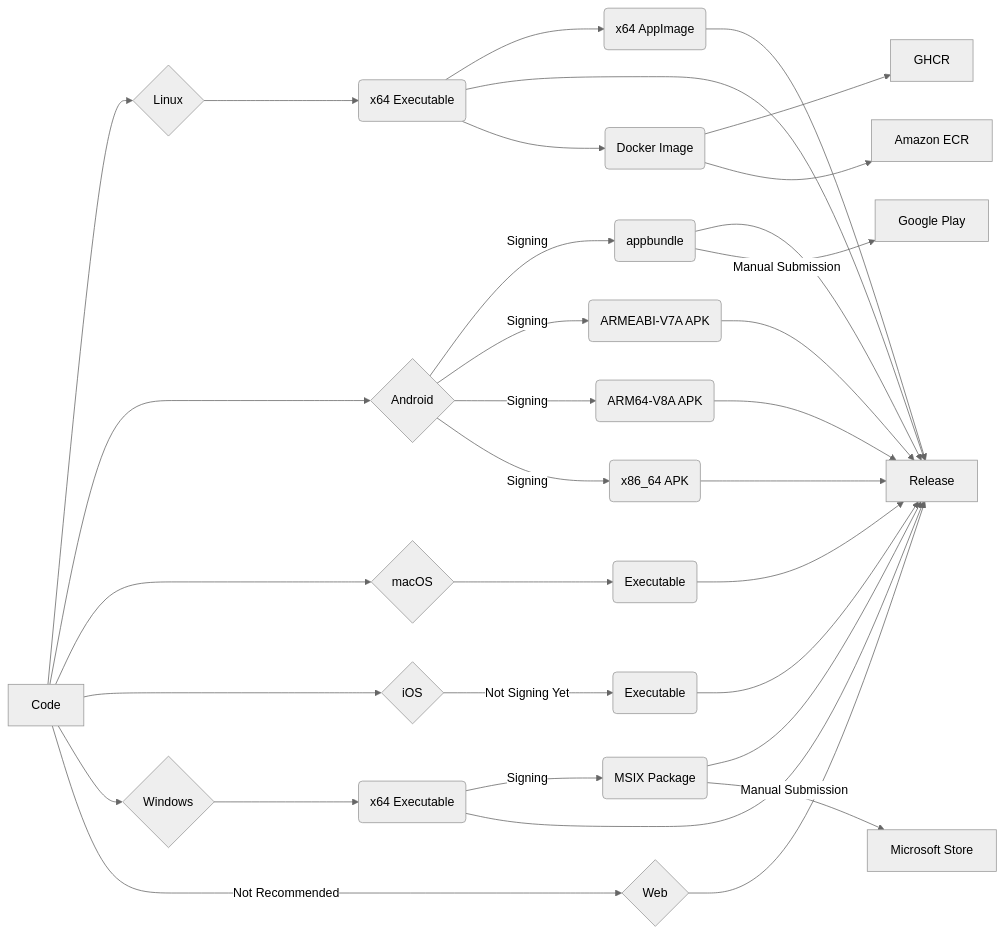
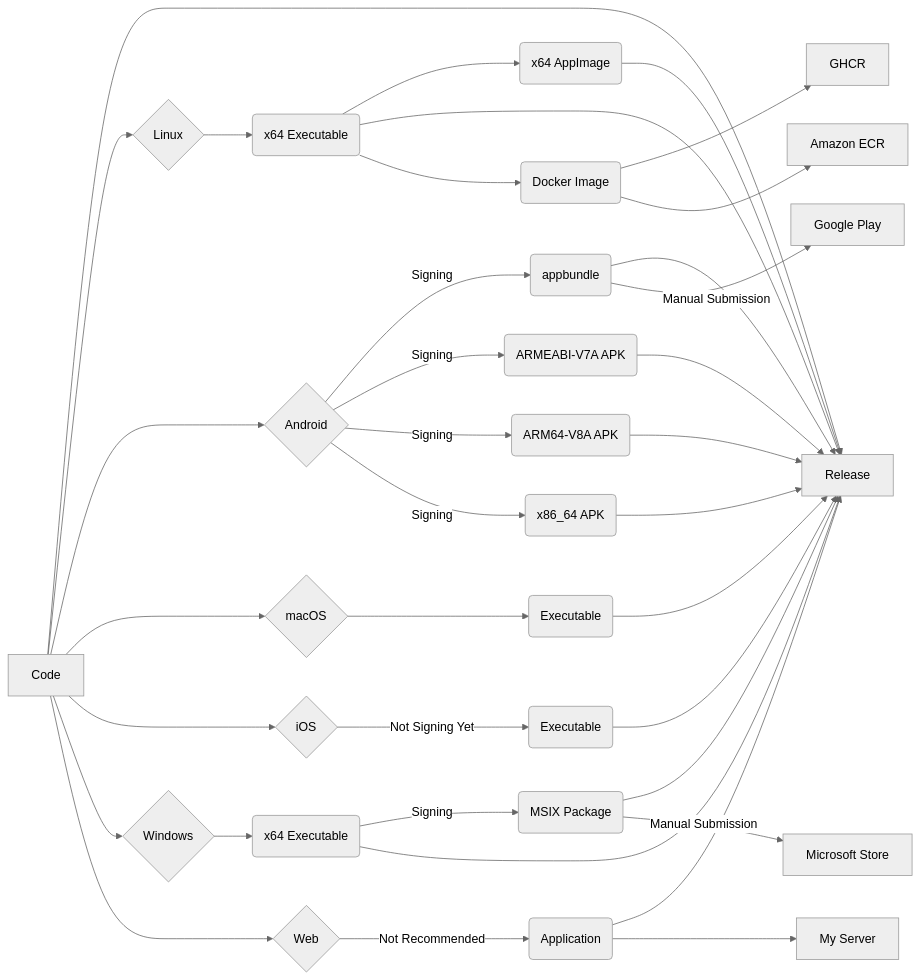
The diagram in README.md (bitscoper/bitscoper_cyberkit), drawn with Mermaid (neutral theme) before and after one commit. The commit also changed 2 other files, not shown here.

Commit message:
Added Web Deployment

````diff
--- a/README.md
+++ b/README.md
@@ -47,44 +47,45 @@
 ```mermaid
 flowchart LR
+
+Code --> Release[Release]
 
 Code[Code] --> Linux{Linux}
 Linux --> Linux_x64_Executable(x64 Executable)
 Linux_x64_Executable --> Linux_x64_AppImage(x64 AppImage)
+Linux_x64_Executable --> Release[Release]
+Linux_x64_AppImage --> Release[Release]
+Linux_x64_Executable --> Linux_Docker_Image(Docker Image)
+Linux_Docker_Image --> GHCR[GHCR]
+Linux_Docker_Image --> Amazon_ECR[Amazon ECR]
 
 Code --> Android{Android}
 Android --> |Signing| Android_appbundle(appbundle)
 Android --> |Signing| Android_ARMEABI_V7A_APK(ARMEABI-V7A APK)
 Android --> |Signing| Android_ARM64_V8A_APK(ARM64-V8A APK)
 Android --> |Signing| Android_x86_64_APK(x86_64 APK)
+Android_appbundle --> Release[Release]
+Android_x86_64_APK --> Release[Release]
+Android_ARM64_V8A_APK --> Release[Release]
+Android_ARMEABI_V7A_APK --> Release[Release]
+Android_appbundle --> |Manual Submission| Google_Play[Google Play]
 
 Code --> macOS{macOS}
 macOS --> macOS_Executable(Executable)
+macOS_Executable --> Release[Release]
 
 Code --> iOS{iOS}
 iOS --> |Not Signing Yet| iOS_Executable(Executable)
+iOS_Executable --> Release[Release]
 
 Code --> Windows{Windows}
 Windows --> Windows_x64_Executable(x64 Executable)
 Windows_x64_Executable --> |Signing| Windows_x64_MSIX_Package(MSIX Package)
-
-Code --> |Not Recommended| Web{Web}
-
-Linux_x64_Executable --> Release[Release]
-Linux_x64_AppImage --> Release[Release]
-Android_appbundle --> Release[Release]
-Android_x86_64_APK --> Release[Release]
-Android_ARM64_V8A_APK --> Release[Release]
-Android_ARMEABI_V7A_APK --> Release[Release]
-macOS_Executable --> Release[Release]
-iOS_Executable --> Release[Release]
 Windows_x64_Executable --> Release[Release]
 Windows_x64_MSIX_Package --> Release[Release]
-Web --> Release[Release]
+Windows_x64_MSIX_Package --> |Manual Submission| Microsoft_Store[Microsoft Store]
 
-Linux_x64_Executable --> Docker_Image(Docker Image)
-Docker_Image --> GHCR[GHCR]
-Docker_Image --> Amazon_ECR[Amazon ECR]
-
-Android_appbundle --> |Manual Submission| Google_Play[Google Play]
-Windows_x64_MSIX_Package --> |Manual Submission| Microsoft_Store[Microsoft Store]
+Code --> Web{Web}
+Web --> |Not Recommended| Web_Application(Application)
+Web_Application --> Release[Release]
+Web_Application --> My_Server[My Server]
 ```
````
